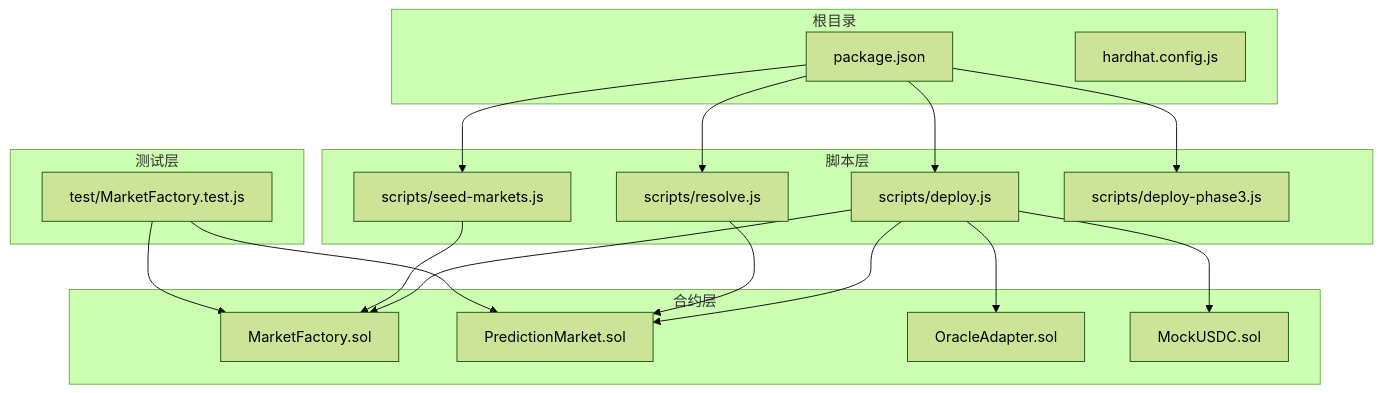
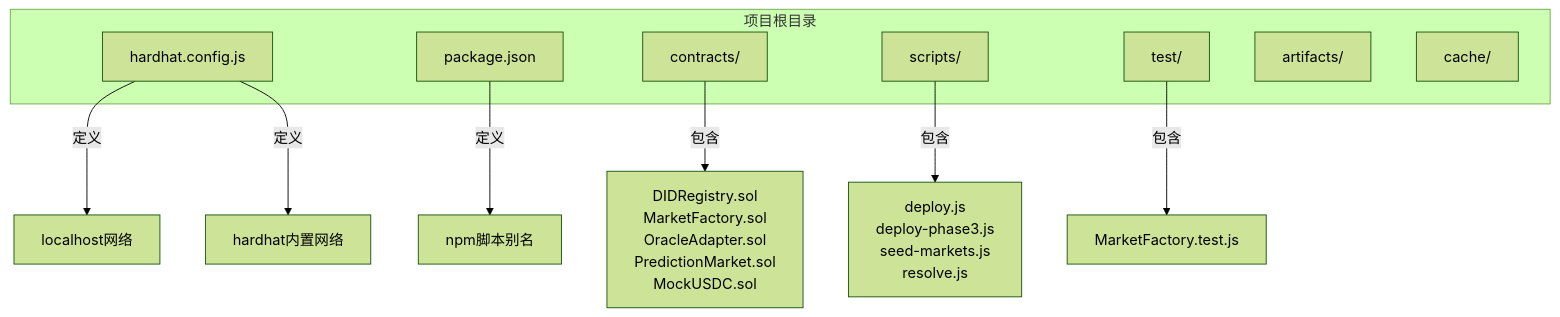
The first of 8 diagrams in contracts/.qoder/repowiki/zh/content/快速开始.md (SimonHofman/PredictionDIDSimple), drawn with Mermaid (forest theme) before and after one commit. The commit also changed other lines of this file and 162 other files, not shown here.

````diff
--- a/contracts/.qoder/repowiki/zh/content/快速开始.md
+++ b/contracts/.qoder/repowiki/zh/content/快速开始.md
@@ -48,34 +45,18 @@
 ```mermaid
 graph TB
-subgraph "根目录"
-pkg["package.json"]
-cfg["hardhat.config.js"]
+subgraph "项目根目录"
+CFG["hardhat.config.js"]
+PKG["package.json"]
+SRC["contracts/"]
+SCR["scripts/"]
+TST["test/"]
+ART["artifacts/"]
+CCH["cache/"]
 end
-subgraph "合约层"
-mf["MarketFactory.sol"]
-pm["PredictionMarket.sol"]
-oa["OracleAdapter.sol"]
-usdc["MockUSDC.sol"]
-end
-subgraph "脚本层"
-d1["scripts/deploy.js"]
-d2["scripts/seed-markets.js"]
-d3["scripts/resolve.js"]
-d4["scripts/deploy-phase3.js"]
-end
-subgraph "测试层"
-t1["test/MarketFactory.test.js"]
-end
-pkg --> d1
-pkg --> d2
-pkg --> d3
-pkg --> d4
-d1 --> mf
-d1 --> pm
-d1 --> oa
-d1 --> usdc
-d2 --> mf
-d3 --> pm
-t1 --> mf
-t1 --> pm
+SRC --> |"包含"| SRC_CONTRACTS["DIDRegistry.sol<br/>MarketFactory.sol<br/>OracleAdapter.sol<br/>PredictionMarket.sol<br/>MockUSDC.sol"]
+SCR --> |"包含"| SCR_SCRIPTS["deploy.js<br/>deploy-phase3.js<br/>seed-markets.js<br/>resolve.js"]
+TST --> |"包含"| TST_TESTS["MarketFactory.test.js"]
+CFG --> |"定义"| NET_LOCAL["localhost网络"]
+CFG --> |"定义"| NET_HARDHAT["hardhat内置网络"]
+PKG --> |"定义"| SCRIPTS["npm脚本别名"]
 ```
````
